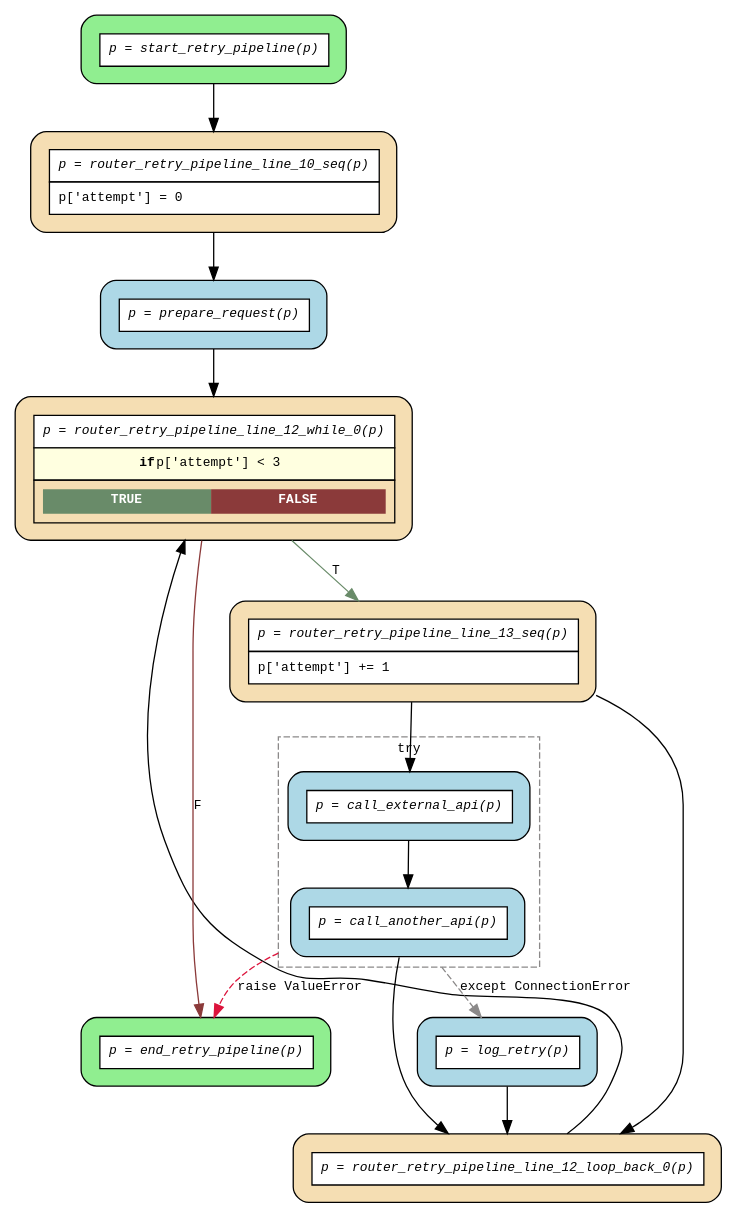
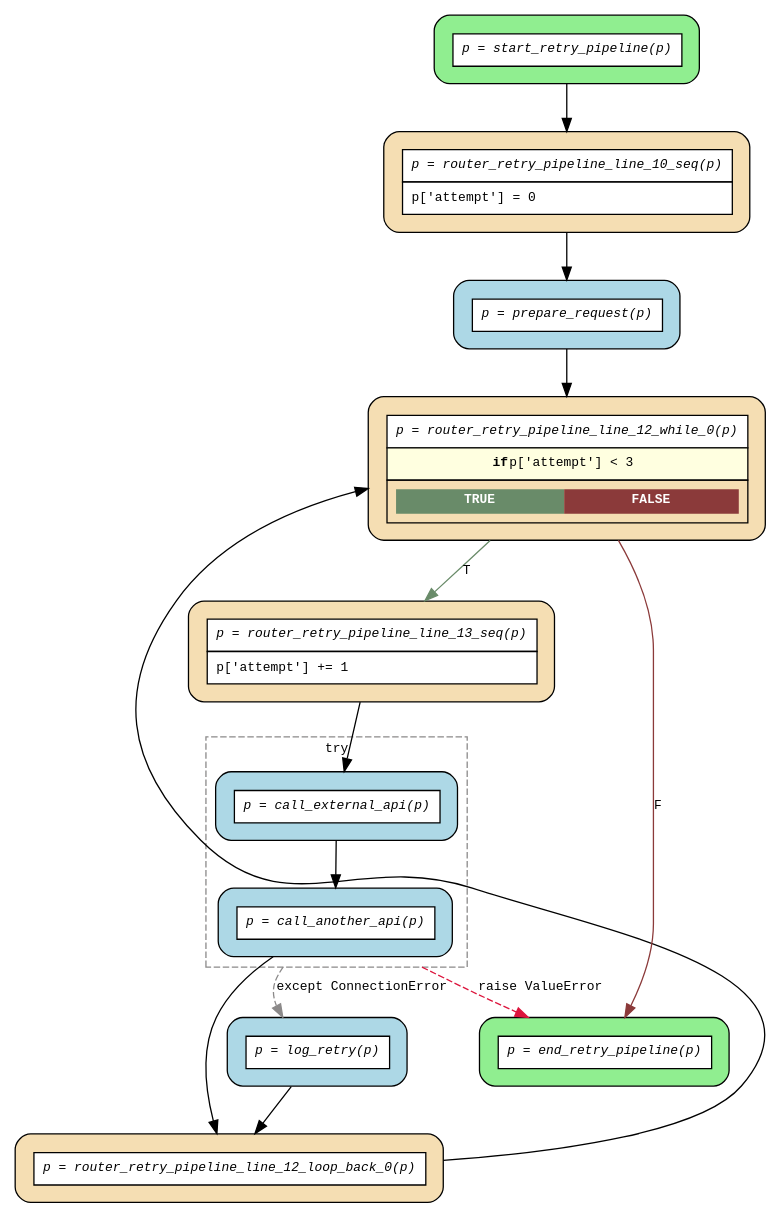
One commit to deliveryhero/asya changed the diagram in examples/flows/compiled/try_except_retry_loop/flow.dot. Above: the diagram before and after it, drawn with Graphviz. The commit also changed 29 other files, not shown here.

First line of the commit message:
fix(dotgen): connect while-loop body actors to loop_back router

```diff
--- a/examples/flows/compiled/try_except_retry_loop/flow.dot
+++ b/examples/flows/compiled/try_except_retry_loop/flow.dot
@@ -1,39 +1,38 @@
 digraph flow {
   rankdir=TB;
   compound=true;
   graph [fontname="Courier", fontsize=10];
   node [fontname="Courier", fontsize=10, shape=box, style="filled,rounded", margin="0.2"];
   edge [fontname="Courier", fontsize=10];
 
   start_retry_pipeline [fillcolor="lightgreen", label=<<table border="0" cellspacing="0" cellpadding="6" cellborder="1"><tr><td bgcolor="white" align="center"><i>p = start_retry_pipeline(p)</i></td></tr></table>>];
   router_retry_pipeline_line_13_seq [fillcolor="wheat", label=<<table border="0" cellspacing="0" cellpadding="6" cellborder="1"><tr><td bgcolor="white" align="center"><i>p = router_retry_pipeline_line_13_seq(p)</i></td></tr><tr><td bgcolor="white" align="left">p['attempt'] += 1</td></tr></table>>];
   router_retry_pipeline_line_12_loop_back_0 [fillcolor="wheat", label=<<table border="0" cellspacing="0" cellpadding="6" cellborder="1"><tr><td bgcolor="white" align="center"><i>p = router_retry_pipeline_line_12_loop_back_0(p)</i></td></tr></table>>];
   router_retry_pipeline_line_12_while_0 [fillcolor="wheat", label=<<table border="0" cellspacing="0" cellpadding="6" cellborder="1"><tr><td bgcolor="white" align="center"><i>p = router_retry_pipeline_line_12_while_0(p)</i></td></tr><tr><td bgcolor="lightyellow"><b>if</b> p['attempt'] &lt; 3</td></tr><tr><td><table border="0" cellspacing="0" cellpadding="4"><tr><td bgcolor="darkseagreen4"><font color="white"><b>TRUE</b></font></td><td bgcolor="indianred4"><font color="white"><b>FALSE</b></font></td></tr></table></td></tr></table>>];
   router_retry_pipeline_line_10_seq [fillcolor="wheat", label=<<table border="0" cellspacing="0" cellpadding="6" cellborder="1"><tr><td bgcolor="white" align="center"><i>p = router_retry_pipeline_line_10_seq(p)</i></td></tr><tr><td bgcolor="white" align="left">p['attempt'] = 0</td></tr></table>>];
   end_retry_pipeline [fillcolor="lightgreen", label=<<table border="0" cellspacing="0" cellpadding="6" cellborder="1"><tr><td bgcolor="white" align="center"><i>p = end_retry_pipeline(p)</i></td></tr></table>>];
   log_retry [fillcolor="lightblue", label=<<table border="0" cellspacing="0" cellpadding="6" cellborder="1"><tr><td bgcolor="white" align="center"><i>p = log_retry(p)</i></td></tr></table>>];
   prepare_request [fillcolor="lightblue", label=<<table border="0" cellspacing="0" cellpadding="6" cellborder="1"><tr><td bgcolor="white" align="center"><i>p = prepare_request(p)</i></td></tr></table>>];
   subgraph cluster_try_0 {
     style=dashed;
     color="snow4";
     fontname="Courier";
     fontsize=10;
     label="try";
     call_another_api [fillcolor="lightblue", label=<<table border="0" cellspacing="0" cellpadding="6" cellborder="1"><tr><td bgcolor="white" align="center"><i>p = call_another_api(p)</i></td></tr></table>>];
     call_external_api [fillcolor="lightblue", label=<<table border="0" cellspacing="0" cellpadding="6" cellborder="1"><tr><td bgcolor="white" align="center"><i>p = call_external_api(p)</i></td></tr></table>>];
   }
 
   call_another_api -> end_retry_pipeline [ltail=cluster_try_0, color=crimson, style=dashed, label="raise ValueError"];
   call_another_api -> log_retry [ltail=cluster_try_0, color=snow4, style=dashed, label="except ConnectionError"];
   call_another_api -> router_retry_pipeline_line_12_loop_back_0;
   call_external_api -> call_another_api;
   log_retry -> router_retry_pipeline_line_12_loop_back_0;
   prepare_request -> router_retry_pipeline_line_12_while_0;
   router_retry_pipeline_line_10_seq -> prepare_request;
   router_retry_pipeline_line_12_loop_back_0 -> router_retry_pipeline_line_12_while_0 [constraint=false];
   router_retry_pipeline_line_12_while_0 -> end_retry_pipeline [label="F", color=indianred4];
   router_retry_pipeline_line_12_while_0 -> router_retry_pipeline_line_13_seq [label="T", color=darkseagreen4];
   router_retry_pipeline_line_13_seq -> call_external_api;
-  router_retry_pipeline_line_13_seq -> router_retry_pipeline_line_12_loop_back_0;
   start_retry_pipeline -> router_retry_pipeline_line_10_seq;
 }
```
